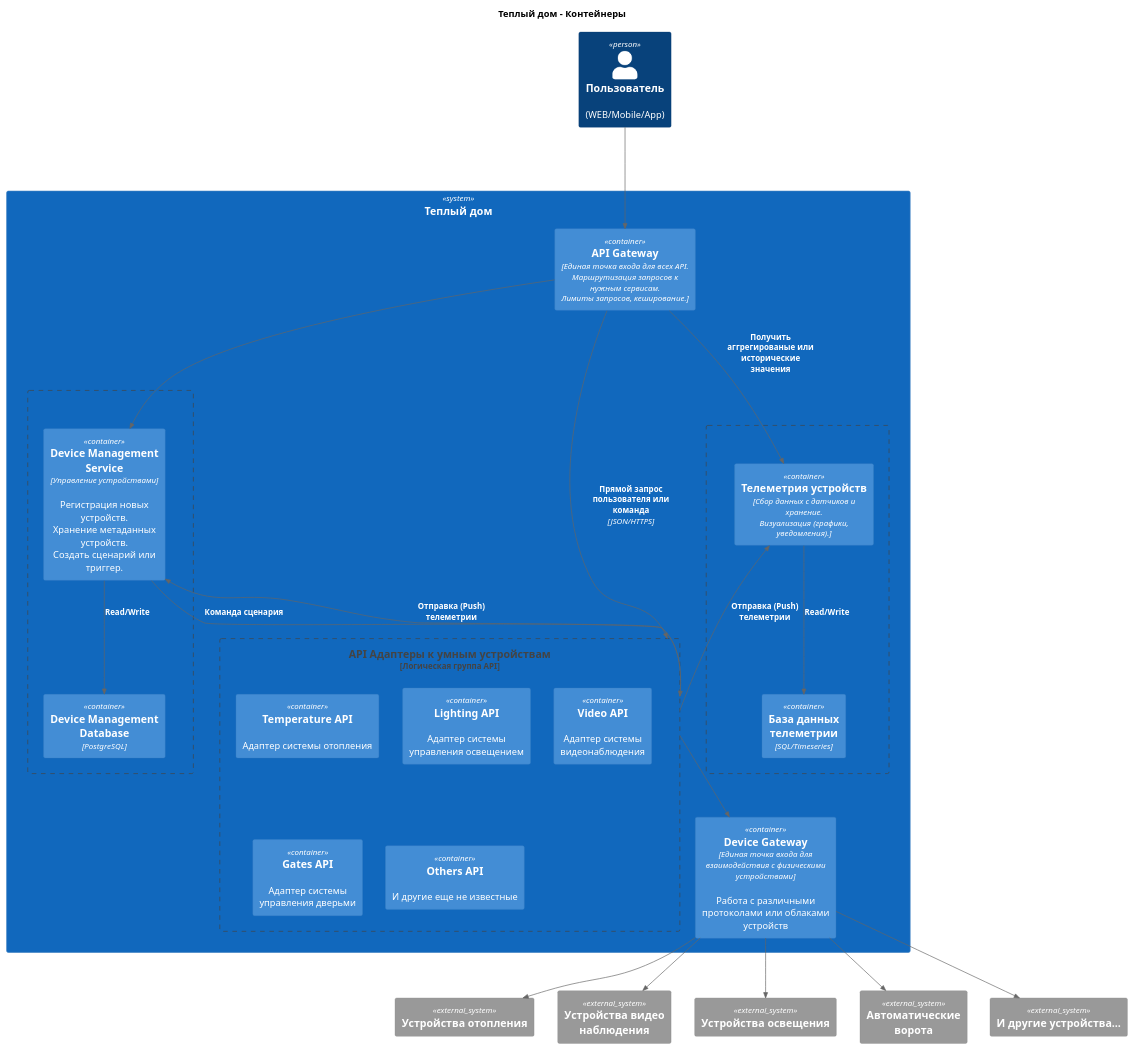
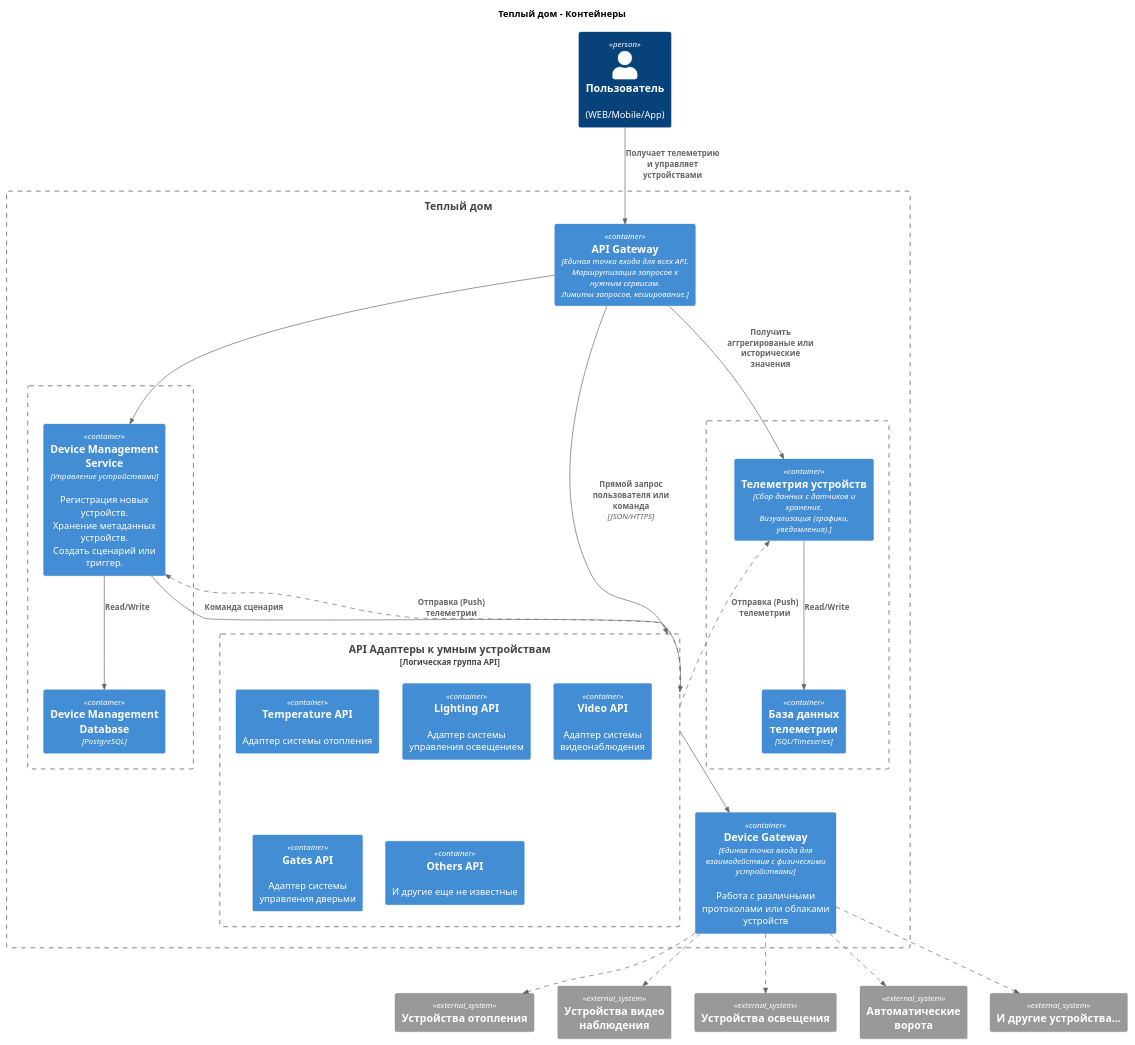
Before and after one commit to bugurshik/warmhouse_practicum: the diagram in diagrams/containers/TO_BE_containers.puml, drawn with PlantUML. The commit also changed 4 other files, not shown here.

```diff
--- a/diagrams/containers/TO_BE_containers.puml
+++ b/diagrams/containers/TO_BE_containers.puml
@@ -1,69 +1,66 @@
 @startuml Теплый дом - Container
 !include https://raw.githubusercontent.com/plantuml-stdlib/C4-PlantUML/master/C4_Container.puml
+AddRelTag("asyncLine", $lineStyle=DashedLine())
 
 title Теплый дом - Контейнеры
-skinparam Arrow  {
-  FontColor #ffffff
-}
-
 Person(user, "Пользователь", "(WEB/Mobile/App)")
-System(api_system, "Теплый дом") {
+Boundary(api_system, "Теплый дом") {
     Container(gateway, "API Gateway", "Единая точка входа для всех API.\nМаршрутизация запросов к нужным сервисам.\nЛимиты запросов, кеширование.")
     
     Boundary(iot_adapters_group, "API Адаптеры к умным устройствам", "Логическая группа API"){
       Container(temperature, "Temperature API", "", "Адаптер системы отопления")
       Container(lighting, "Lighting API", "", "Адаптер системы управления освещением")
       Container(video, "Video API", "", "Адаптер системы видеонаблюдения")
       Container(gates, "Gates API", "", "Адаптер системы управления дверьми")
       Container(others, "Others API", "", "И другие еще не известные")
     }
 
     Boundary(a,""){
       Container(devises, "Device Management Service", "Управление устройствами", "Регистрация новых устройств.\nХранение метаданных устройств.\nСоздать сценарий или триггер.")
       Container(devises_db, "Device Management Database","PostgreSQL")
     }
      
     Boundary(b,""){
       Container(telemetry, "Телеметрия устройств", "Сбор данных с датчиков и хранение.\nВизуализация (графики, уведомления).")
       Container(telemetry_db, "База данных телеметрии", "SQL/Timeseries")
     }
 
     Container(devise_gateway, "Device Gateway", "Единая точка входа для взаимодействия с физическими устройствами", "Работа с различными протоколами или облаками устройств")
 }
 
 System_Ext(temperature_iot, "Устройства отопления","")
 System_Ext(video_iot, "Устройства видео наблюдения","")
 System_Ext(lighting_iot, "Устройства освещения","")
 System_Ext(automatic_gates_iot, "Автоматические ворота","")
 System_Ext(other_iot, "И другие устройства...","")
 
 ' Связи
 
 Rel(user, gateway, "Получает телеметрию и управляет устройствами")
 
 Rel(gateway, iot_adapters_group, "Прямой запрос пользователя или команда", "JSON/HTTPS")
 Rel(devises, iot_adapters_group, "Команда сценария")
 
 Rel(gateway, devises, "")
 Rel(gateway, telemetry, "Получить аггрегированые или исторические значения")
 
 Rel(devises, devises_db, "Read/Write")
 Rel(telemetry, telemetry_db, "Read/Write")
 
-Rel_R(iot_adapters_group, telemetry, "Отправка (Push) телеметрии")
-Rel_L(iot_adapters_group, devises, "Отправка (Push) телеметрии")
+Rel_R(iot_adapters_group, telemetry, "Отправка (Push) телеметрии", $tags="asyncLine")
+Rel_L(iot_adapters_group, devises, "Отправка (Push) телеметрии", $tags="asyncLine")
 Rel_D(iot_adapters_group, devise_gateway, "")
 
-Rel(devise_gateway, temperature_iot, "")
-Rel(devise_gateway, video_iot, "")
-Rel(devise_gateway, lighting_iot, "")
-Rel(devise_gateway, other_iot, "")
-Rel(devise_gateway, automatic_gates_iot, "")
+Rel(devise_gateway, temperature_iot, "", $tags="asyncLine")
+Rel(devise_gateway, video_iot, "", $tags="asyncLine")
+Rel(devise_gateway, lighting_iot, "", $tags="asyncLine")
+Rel(devise_gateway, other_iot, "", $tags="asyncLine")
+Rel(devise_gateway, automatic_gates_iot, "", $tags="asyncLine")
 
 Lay_L(a, b)
 Lay_D(a, iot_adapters_group)
 Lay_D(b, iot_adapters_group)
 Lay_D(iot_adapters_group, devise_gateway)
 Lay_U(iot_adapters_group, gateway)
 
 @enduml
```
